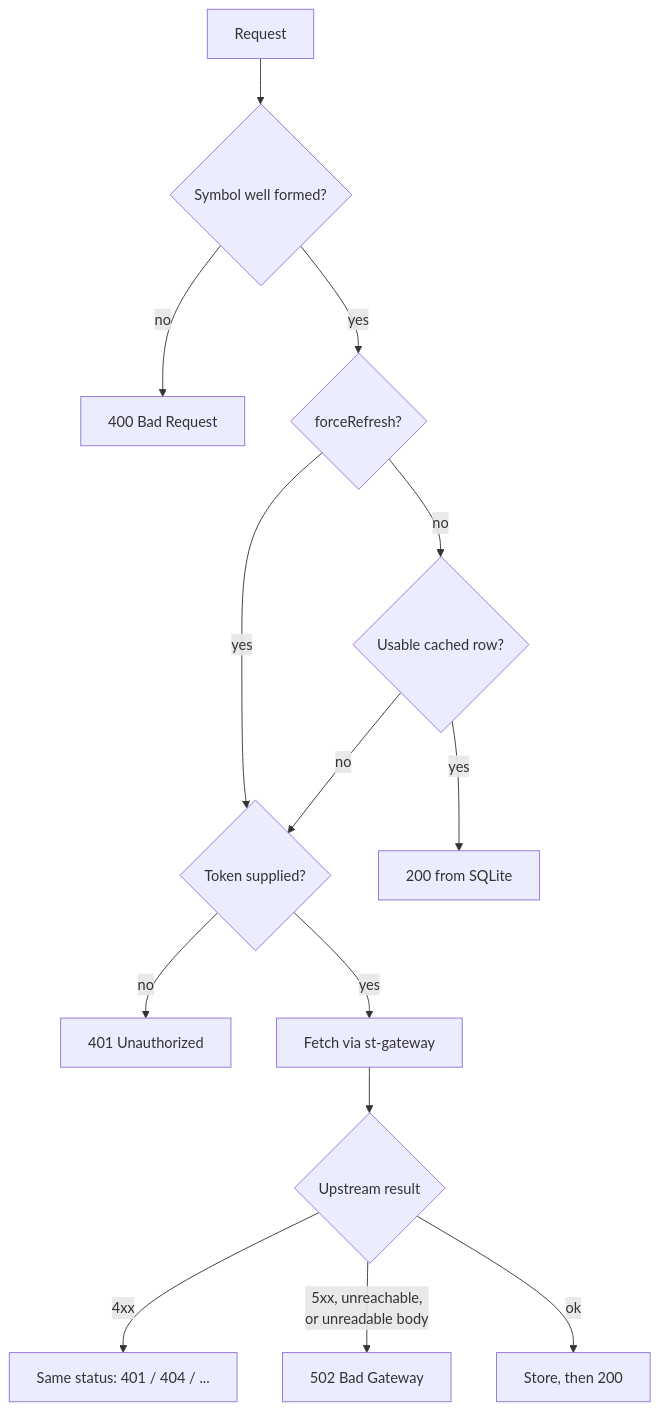
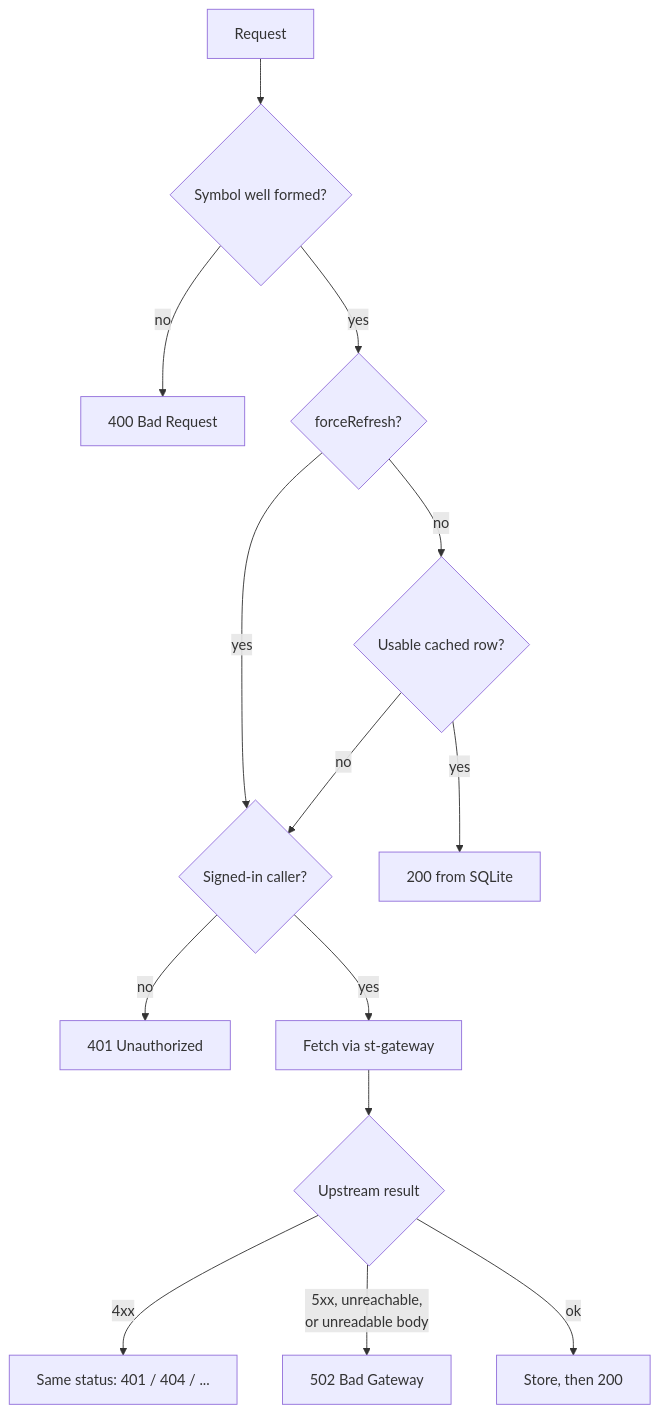
Before and after one commit to V-M-Pioneer-Trading/navigation-service: the second of 3 diagrams in README.md, drawn with Mermaid. The commit also changed other lines of this file and 34 other files, not shown here.

````diff
--- a/README.md
+++ b/README.md
@@ -55,16 +57,16 @@
 ```mermaid
 flowchart TD
     A[Request] --> B{"Symbol well formed?"}
     B -- no --> B1["400 Bad Request"]
     B -- yes --> C{"forceRefresh?"}
     C -- yes --> F
     C -- no --> D{"Usable cached row?"}
     D -- yes --> D1["200 from SQLite"]
-    D -- no --> F{"Token supplied?"}
+    D -- no --> F{"Signed-in caller?"}
     F -- no --> F1["401 Unauthorized"]
     F -- yes --> G["Fetch via st-gateway"]
     G --> H{"Upstream result"}
     H -- "4xx" --> H1["Same status: 401 / 404 / ..."]
     H -- "5xx, unreachable,<br/>or unreadable body" --> H2["502 Bad Gateway"]
     H -- ok --> I["Store, then 200"]
 ```
````
